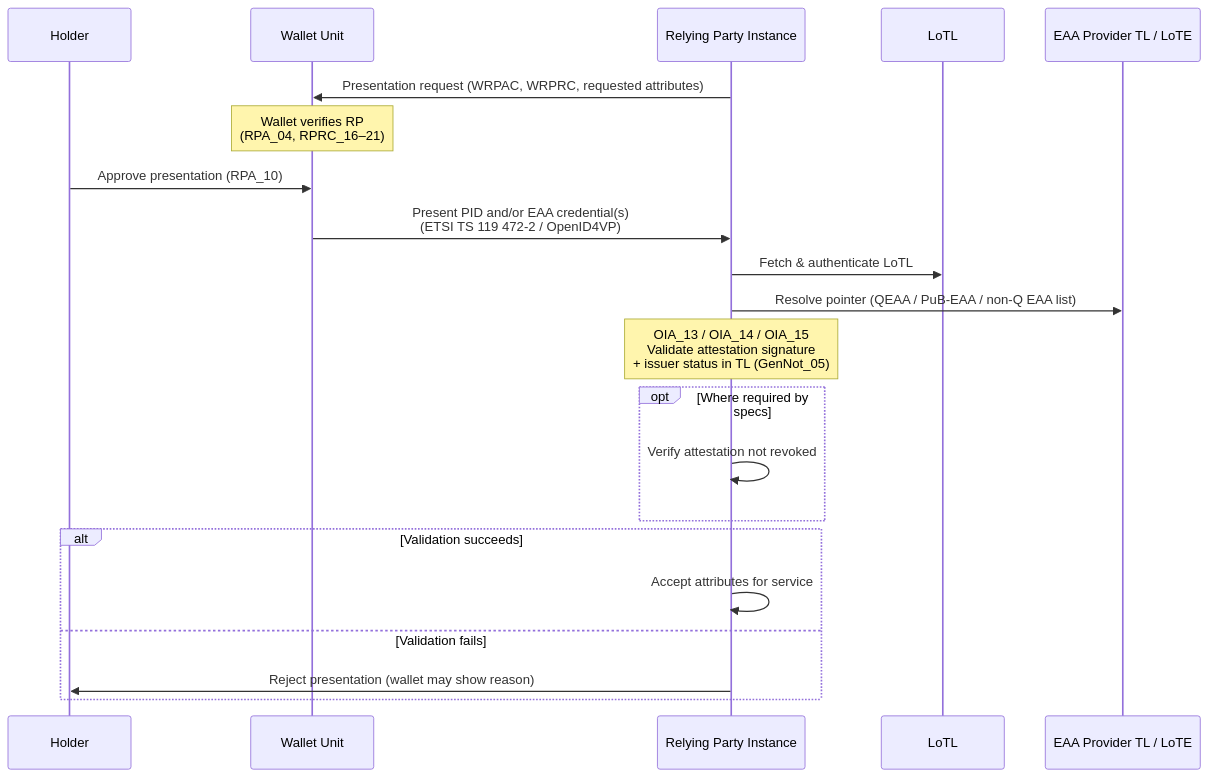
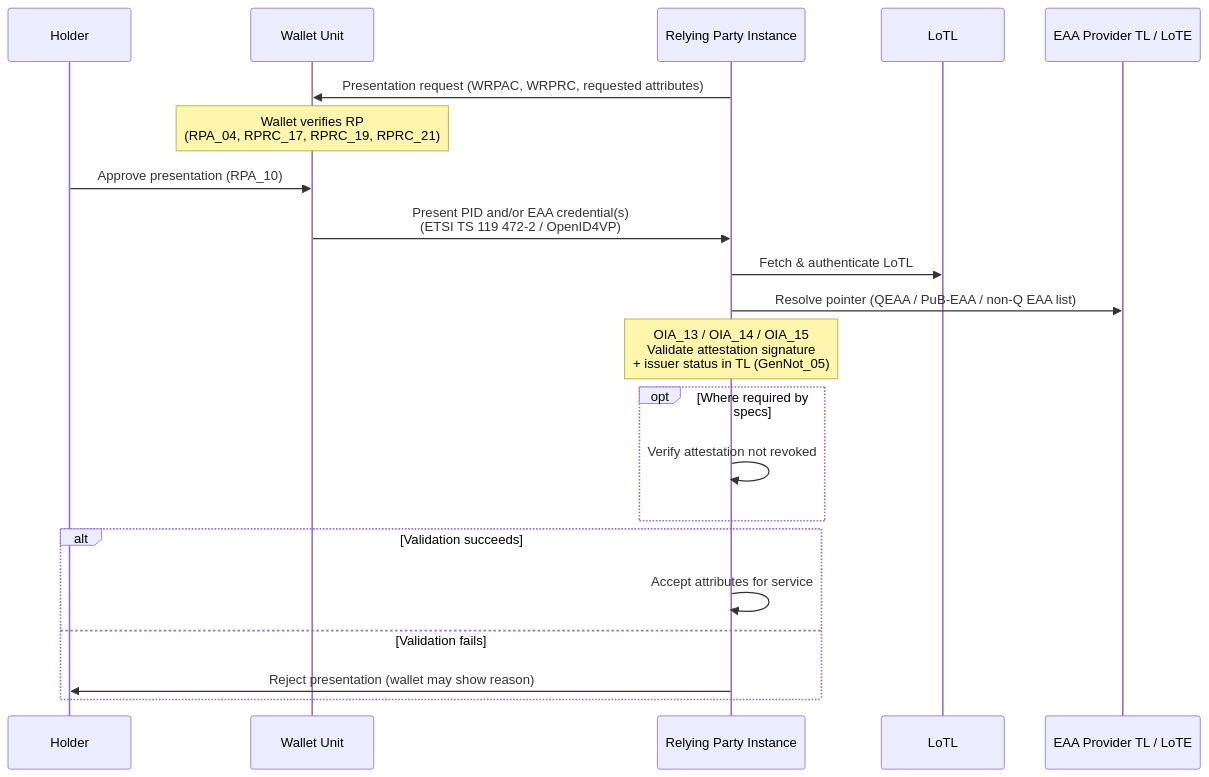
The fourth of 4 diagrams in task2-trust-framework/eaa-provider-identity-verification-chaining-LoTL.md (webuild-consortium/wp4-trust-group), drawn with Mermaid before and after one commit. The commit also changed other lines of this file and 24 other files, not shown here.

````diff
--- a/task2-trust-framework/eaa-provider-identity-verification-chaining-LoTL.md
+++ b/task2-trust-framework/eaa-provider-identity-verification-chaining-LoTL.md
@@ -276,25 +276,25 @@
 ```mermaid
 sequenceDiagram
     participant User as Holder
     participant WU as Wallet Unit
     participant RP as Relying Party Instance
     participant LoTL as LoTL
     participant TL as EAA Provider TL / LoTE
 
     RP->>WU: Presentation request (WRPAC, WRPRC, requested attributes)
-    Note over WU: Wallet verifies RP<br/>(RPA_04, RPRC_16–21)
+    Note over WU: Wallet verifies RP<br/>(RPA_04, RPRC_17, RPRC_19, RPRC_21)
     User->>WU: Approve presentation (RPA_10)
     WU->>RP: Present PID and/or EAA credential(s)<br/>(ETSI TS 119 472-2 / OpenID4VP)
 
     RP->>LoTL: Fetch & authenticate LoTL
     RP->>TL: Resolve pointer (QEAA / PuB-EAA / non-Q EAA list)
     Note over RP: OIA_13 / OIA_14 / OIA_15<br/>Validate attestation signature<br/>+ issuer status in TL (GenNot_05)
     opt Where required by specs
         RP->>RP: Verify attestation not revoked
     end
     alt Validation succeeds
         RP->>RP: Accept attributes for service
     else Validation fails
         RP->>User: Reject presentation (wallet may show reason)
     end
 ```
````
